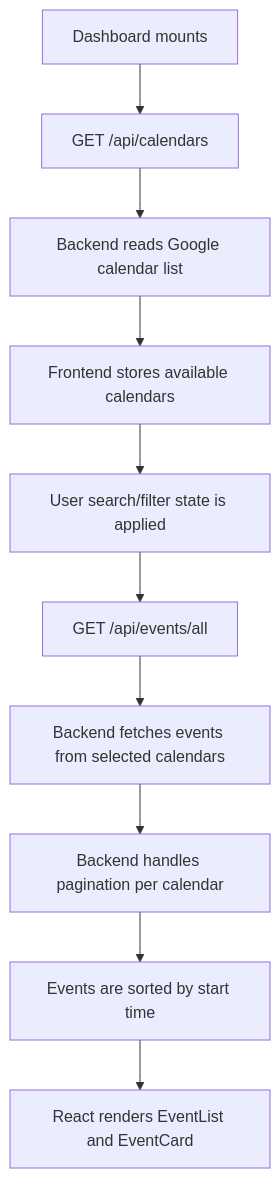
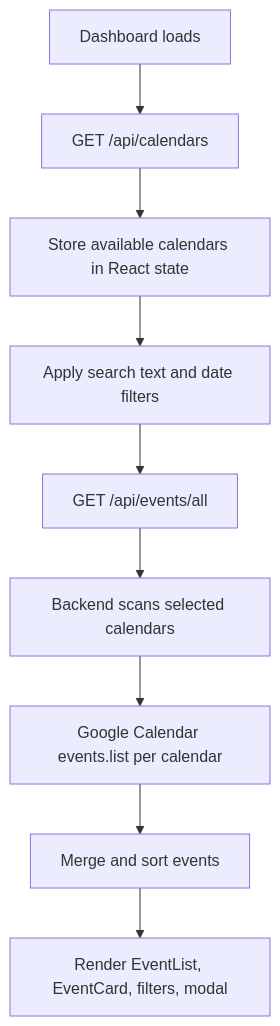
The third of 6 diagrams in PROJECT_DOCUMENTATION.md (rishabrkb123-collab/google-calendar-rag-chatbot), drawn with Mermaid before and after one commit. The commit also changed other lines of this file and 16 other files, not shown here.

````diff
--- a/PROJECT_DOCUMENTATION.md
+++ b/PROJECT_DOCUMENTATION.md
@@ -146,12 +336,11 @@
 ```mermaid
 flowchart TD
-    A[Dashboard mounts] --> B[GET /api/calendars]
-    B --> C[Backend reads Google calendar list]
-    C --> D[Frontend stores available calendars]
-    D --> E[User search/filter state is applied]
-    E --> F[GET /api/events/all]
-    F --> G[Backend fetches events from selected calendars]
-    G --> H[Backend handles pagination per calendar]
-    H --> I[Events are sorted by start time]
-    I --> J[React renders EventList and EventCard]
+    A[Dashboard loads] --> B[GET /api/calendars]
+    B --> C[Store available calendars in React state]
+    C --> D[Apply search text and date filters]
+    D --> E[GET /api/events/all]
+    E --> F[Backend scans selected calendars]
+    F --> G[Google Calendar events.list per calendar]
+    G --> H[Merge and sort events]
+    H --> I[Render EventList, EventCard, filters, modal]
 ```
````
